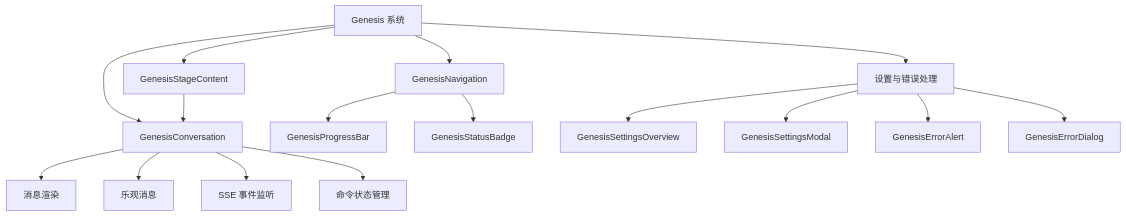
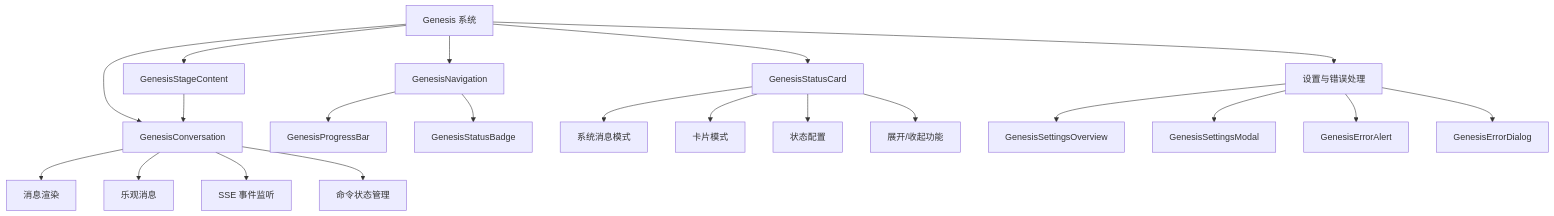
Before and after one commit to zhiyue/infinite-scribe: the first of 7 diagrams in apps/frontend/src/components/genesis/README.md, drawn with Mermaid. The commit also changed other lines of this file and 3 other files, not shown here.

````diff
--- a/apps/frontend/src/components/genesis/README.md
+++ b/apps/frontend/src/components/genesis/README.md
@@ -21,22 +27,28 @@
 ```mermaid
 graph TD
     A[Genesis 系统] --> B[GenesisNavigation]
     A --> C[GenesisStageContent]
     A --> D[GenesisConversation]
-    A --> E[设置与错误处理]
+    A --> E[GenesisStatusCard]
+    A --> F[设置与错误处理]
     
     B --> B1[GenesisProgressBar]
     B --> B2[GenesisStatusBadge]
     
     C --> D
     
     D --> D1[消息渲染]
     D --> D2[乐观消息]
     D --> D3[SSE 事件监听]
     D --> D4[命令状态管理]
     
-    E --> E1[GenesisSettingsOverview]
-    E --> E2[GenesisSettingsModal]
-    E --> E3[GenesisErrorAlert]
-    E --> E4[GenesisErrorDialog]
+    E --> E1[系统消息模式]
+    E --> E2[卡片模式]
+    E --> E3[状态配置]
+    E --> E4[展开/收起功能]
+    
+    F --> F1[GenesisSettingsOverview]
+    F --> F2[GenesisSettingsModal]
+    F --> F3[GenesisErrorAlert]
+    F --> F4[GenesisErrorDialog]
 ```
````
